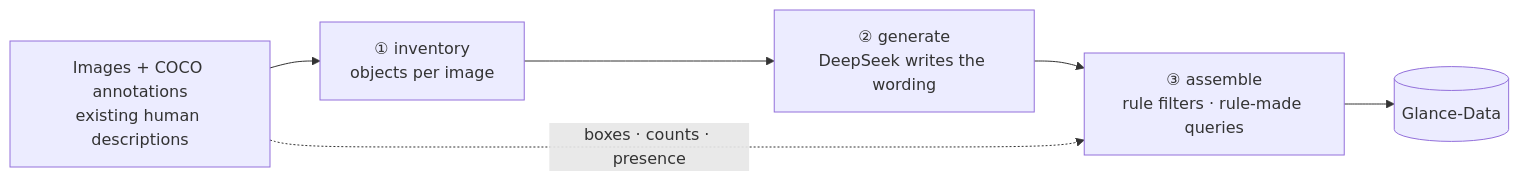
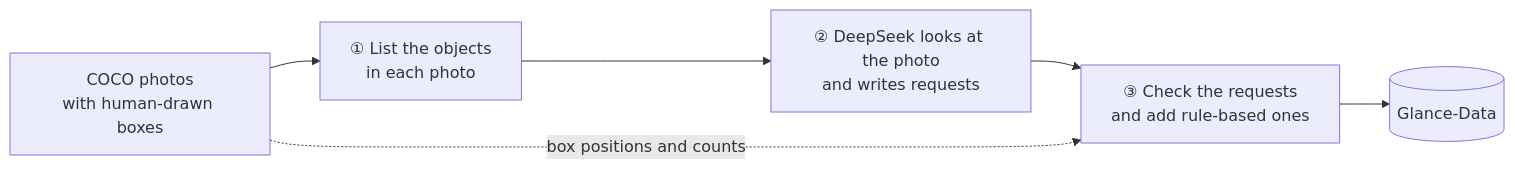
One commit to Vision-Decision/Glance-COCO changed the diagram in README.md. Above: the diagram before and after it, drawn with Mermaid. The commit also changed other lines of this file and 1 other file, not shown here.

````diff
--- a/README.md
+++ b/README.md
@@ -66,8 +84,8 @@
 ```mermaid
 flowchart LR
-    A["Images + COCO annotations<br/>existing human descriptions"] --> B["① inventory<br/>objects per image"]
-    B --> C["② generate<br/>DeepSeek writes the wording"]
-    C --> D["③ assemble<br/>rule filters · rule-made queries"]
-    A -. "boxes · counts · presence" .-> D
+    A["COCO photos<br/>with human-drawn boxes"] --> B["① List the objects<br/>in each photo"]
+    B --> C["② DeepSeek looks at the photo<br/>and writes requests"]
+    C --> D["③ Check the requests<br/>and add rule-based ones"]
+    A -. "box positions and counts" .-> D
     D --> E[("Glance-Data")]
 ```
````
